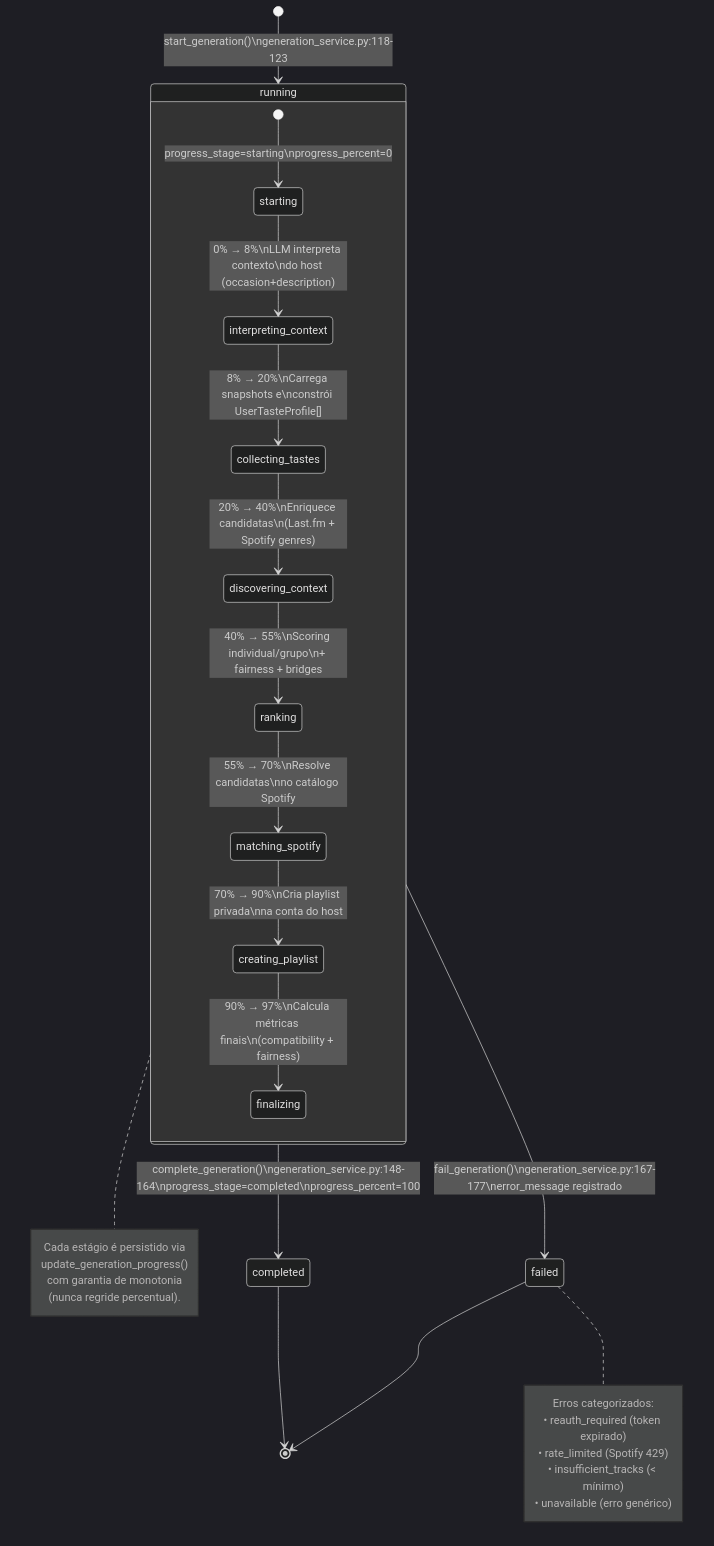
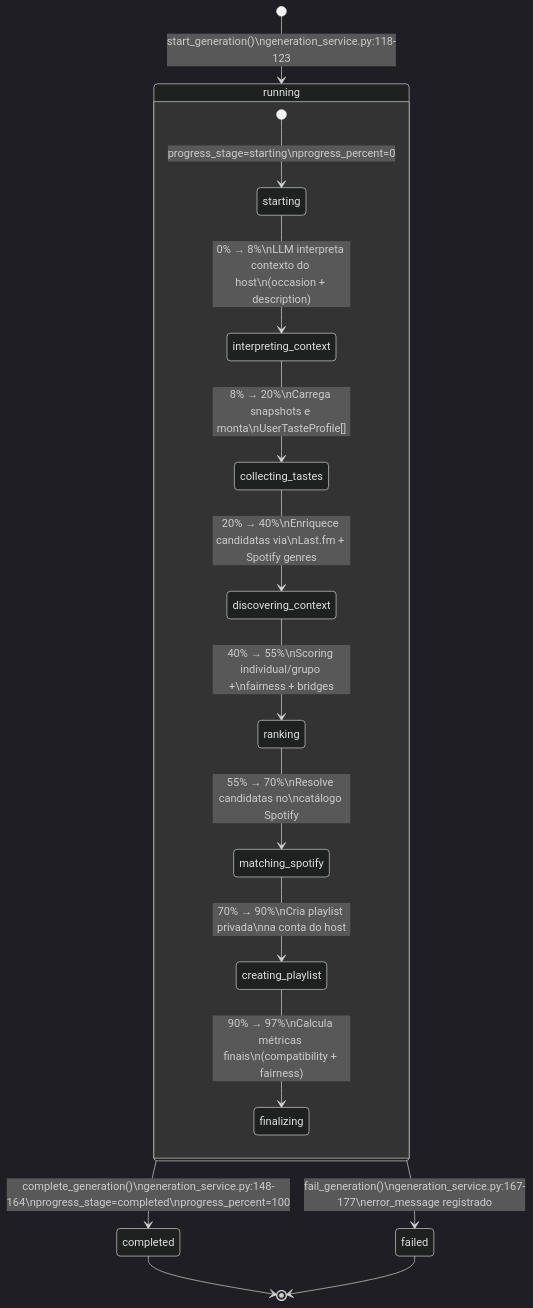
The diagram in diagrams/atividades-estados/02-estados-playlistrun.md (micaeltoscano/group-music-recommender), drawn with Mermaid (dark theme) before and after one commit. The commit also changed other lines of this file and 12 other files, not shown here.

Commit message:
docs(diagrams): padroniza diagramas ERD, arquiteturais e de estados com layouts limpos e imagens de alta resolucao

````diff
--- a/diagrams/atividades-estados/02-estados-playlistrun.md
+++ b/diagrams/atividades-estados/02-estados-playlistrun.md
@@ -5,37 +5,22 @@
 ```mermaid
 stateDiagram-v2
     [*] --> running : start_generation()\ngeneration_service.py:118-123
 
     state running {
         [*] --> starting : progress_stage=starting\nprogress_percent=0
 
-        starting --> interpreting_context : 0% → 8%\nLLM interpreta contexto\ndo host (occasion+description)
-        interpreting_context --> collecting_tastes : 8% → 20%\nCarrega snapshots e\nconstrói UserTasteProfile[]
-        collecting_tastes --> discovering_context : 20% → 40%\nEnriquece candidatas\n(Last.fm + Spotify genres)
-        discovering_context --> ranking : 40% → 55%\nScoring individual/grupo\n+ fairness + bridges
-        ranking --> matching_spotify : 55% → 70%\nResolve candidatas\nno catálogo Spotify
+        starting --> interpreting_context : 0% → 8%\nLLM interpreta contexto do host\n(occasion + description)
+        interpreting_context --> collecting_tastes : 8% → 20%\nCarrega snapshots e monta\nUserTasteProfile[]
+        collecting_tastes --> discovering_context : 20% → 40%\nEnriquece candidatas via\nLast.fm + Spotify genres
+        discovering_context --> ranking : 40% → 55%\nScoring individual/grupo +\nfairness + bridges
+        ranking --> matching_spotify : 55% → 70%\nResolve candidatas no\ncatálogo Spotify
         matching_spotify --> creating_playlist : 70% → 90%\nCria playlist privada\nna conta do host
         creating_playlist --> finalizing : 90% → 97%\nCalcula métricas finais\n(compatibility + fairness)
     }
 
     running --> completed : complete_generation()\ngeneration_service.py:148-164\nprogress_stage=completed\nprogress_percent=100
     running --> failed : fail_generation()\ngeneration_service.py:167-177\nerror_message registrado
 
     completed --> [*]
     failed --> [*]
-
-    note right of running
-        Cada estágio é persistido via
-        update_generation_progress()
-        com garantia de monotonia
-        (nunca regride percentual).
-    end note
-
-    note right of failed
-        Erros categorizados:
-        • reauth_required (token expirado)
-        • rate_limited (Spotify 429)
-        • insufficient_tracks (< mínimo)
-        • unavailable (erro genérico)
-    end note
 ```
````
